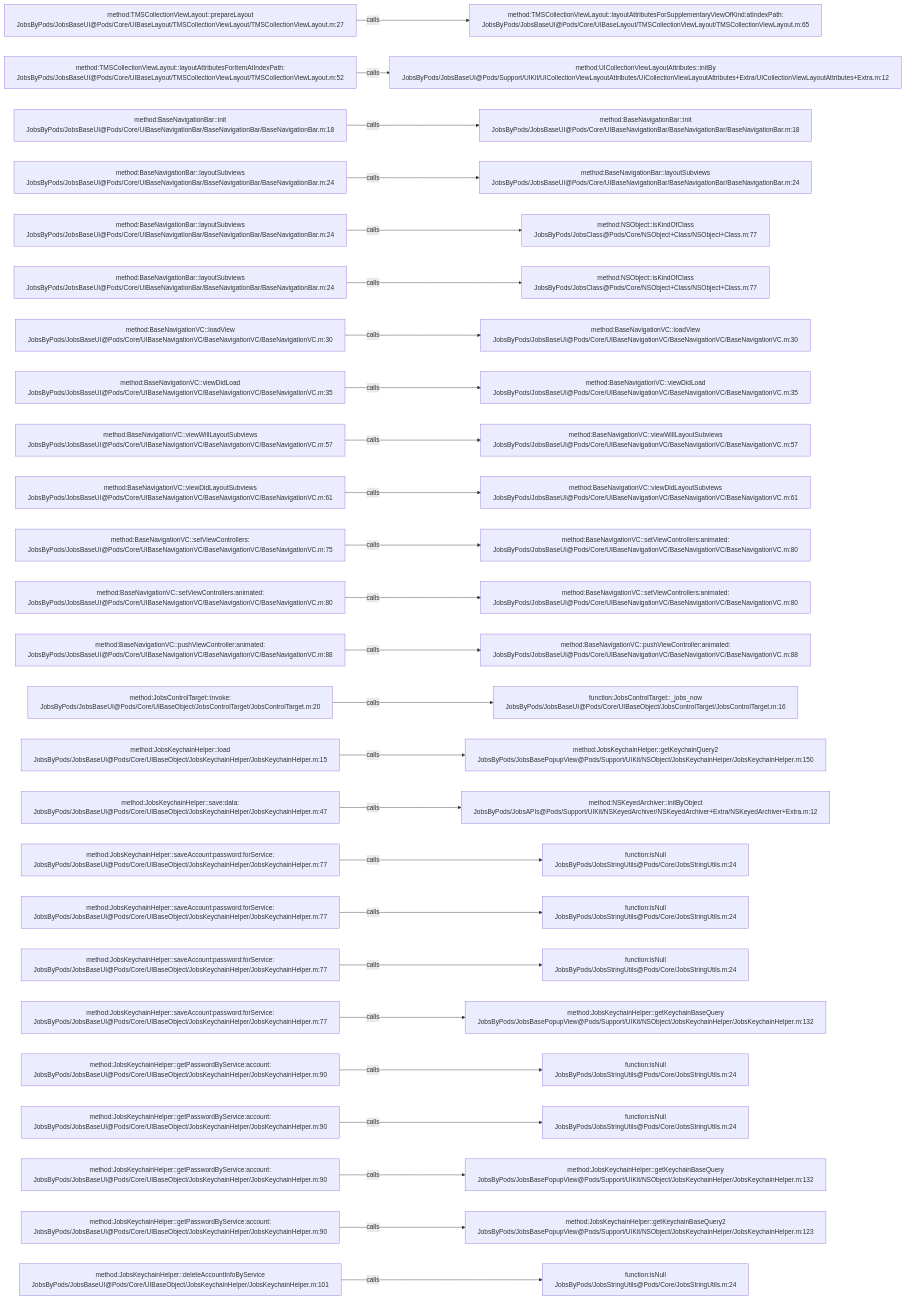
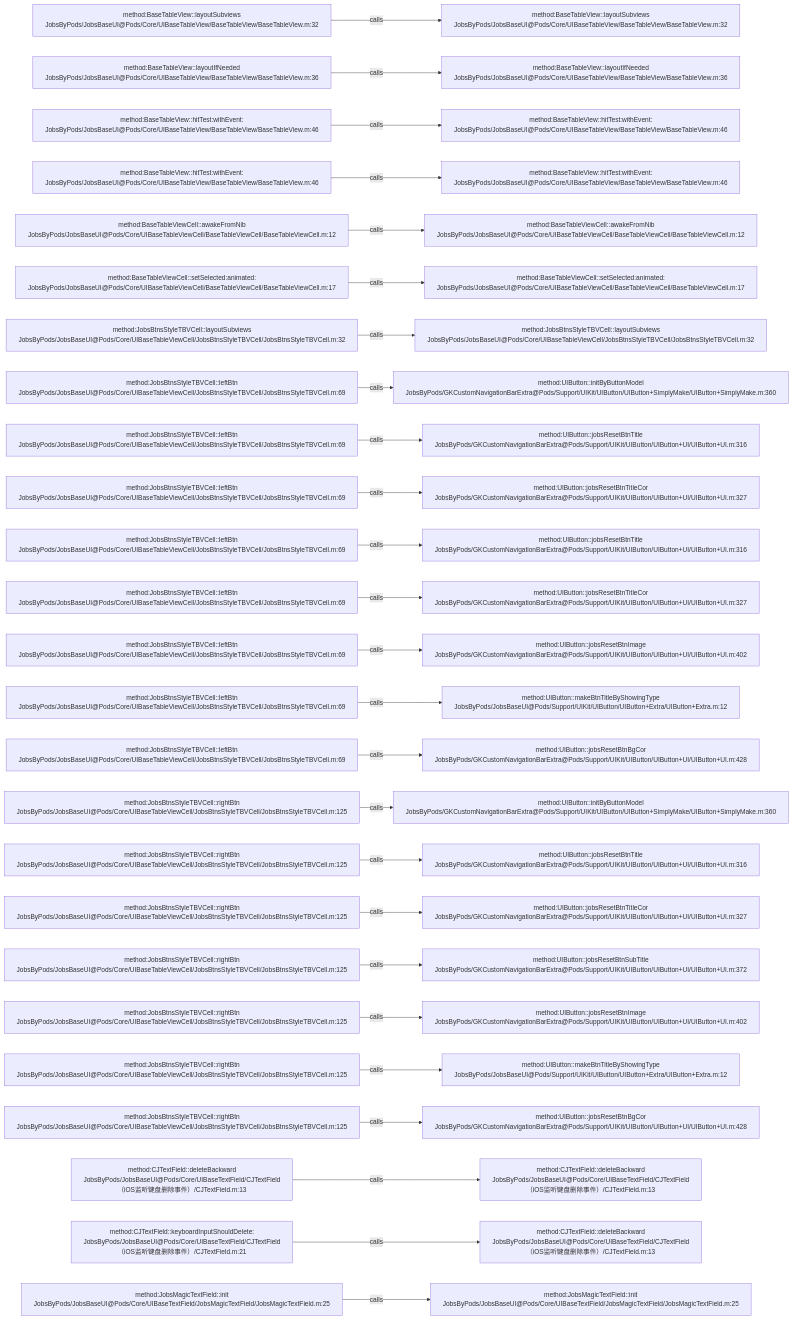
The diagram in .codegraph/codegraph.md/graphs/calls-030.md (JobsKits/JobsOCBaseConfigDemo), drawn with Mermaid before and after one commit. The commit also changed 639 other files, not shown here.

````diff
--- a/.codegraph/codegraph.md/graphs/calls-030.md
+++ b/.codegraph/codegraph.md/graphs/calls-030.md
@@ -13,78 +13,78 @@
 ```mermaid
 flowchart LR
-  S1["method:TMSCollectionViewLayout::prepareLayout<br/>JobsByPods/JobsBaseUI@Pods/Core/UIBaseLayout/TMSCollectionViewLayout/TMSCollectionViewLayout.m:27"]
-  T1["method:TMSCollectionViewLayout::layoutAttributesForSupplementaryViewOfKind:atIndexPath:<br/>JobsByPods/JobsBaseUI@Pods/Core/UIBaseLayout/TMSCollectionViewLayout/TMSCollectionViewLayout.m:65"]
+  S1["method:BaseTableView::layoutSubviews<br/>JobsByPods/JobsBaseUI@Pods/Core/UIBaseTableView/BaseTableView/BaseTableView.m:32"]
+  T1["method:BaseTableView::layoutSubviews<br/>JobsByPods/JobsBaseUI@Pods/Core/UIBaseTableView/BaseTableView/BaseTableView.m:32"]
   S1 -->|calls| T1
-  S2["method:TMSCollectionViewLayout::layoutAttributesForItemAtIndexPath:<br/>JobsByPods/JobsBaseUI@Pods/Core/UIBaseLayout/TMSCollectionViewLayout/TMSCollectionViewLayout.m:52"]
-  T2["method:UICollectionViewLayoutAttributes::initBy<br/>JobsByPods/JobsBaseUI@Pods/Support/UIKit/UICollectionViewLayoutAttributes/UICollectionViewLayoutAttributes+Extra/UICollectionViewLayoutAttributes+Extra.m:12"]
+  S2["method:BaseTableView::layoutIfNeeded<br/>JobsByPods/JobsBaseUI@Pods/Core/UIBaseTableView/BaseTableView/BaseTableView.m:36"]
+  T2["method:BaseTableView::layoutIfNeeded<br/>JobsByPods/JobsBaseUI@Pods/Core/UIBaseTableView/BaseTableView/BaseTableView.m:36"]
   S2 -->|calls| T2
-  S3["method:BaseNavigationBar::init<br/>JobsByPods/JobsBaseUI@Pods/Core/UIBaseNavigationBar/BaseNavigationBar/BaseNavigationBar.m:18"]
-  T3["method:BaseNavigationBar::init<br/>JobsByPods/JobsBaseUI@Pods/Core/UIBaseNavigationBar/BaseNavigationBar/BaseNavigationBar.m:18"]
+  S3["method:BaseTableView::hitTest:withEvent:<br/>JobsByPods/JobsBaseUI@Pods/Core/UIBaseTableView/BaseTableView/BaseTableView.m:46"]
+  T3["method:BaseTableView::hitTest:withEvent:<br/>JobsByPods/JobsBaseUI@Pods/Core/UIBaseTableView/BaseTableView/BaseTableView.m:46"]
   S3 -->|calls| T3
-  S4["method:BaseNavigationBar::layoutSubviews<br/>JobsByPods/JobsBaseUI@Pods/Core/UIBaseNavigationBar/BaseNavigationBar/BaseNavigationBar.m:24"]
-  T4["method:BaseNavigationBar::layoutSubviews<br/>JobsByPods/JobsBaseUI@Pods/Core/UIBaseNavigationBar/BaseNavigationBar/BaseNavigationBar.m:24"]
+  S4["method:BaseTableView::hitTest:withEvent:<br/>JobsByPods/JobsBaseUI@Pods/Core/UIBaseTableView/BaseTableView/BaseTableView.m:46"]
+  T4["method:BaseTableView::hitTest:withEvent:<br/>JobsByPods/JobsBaseUI@Pods/Core/UIBaseTableView/BaseTableView/BaseTableView.m:46"]
   S4 -->|calls| T4
-  S5["method:BaseNavigationBar::layoutSubviews<br/>JobsByPods/JobsBaseUI@Pods/Core/UIBaseNavigationBar/BaseNavigationBar/BaseNavigationBar.m:24"]
-  T5["method:NSObject::isKindOfClass<br/>JobsByPods/JobsClass@Pods/Core/NSObject+Class/NSObject+Class.m:77"]
+  S5["method:BaseTableViewCell::awakeFromNib<br/>JobsByPods/JobsBaseUI@Pods/Core/UIBaseTableViewCell/BaseTableViewCell/BaseTableViewCell.m:12"]
+  T5["method:BaseTableViewCell::awakeFromNib<br/>JobsByPods/JobsBaseUI@Pods/Core/UIBaseTableViewCell/BaseTableViewCell/BaseTableViewCell.m:12"]
   S5 -->|calls| T5
-  S6["method:BaseNavigationBar::layoutSubviews<br/>JobsByPods/JobsBaseUI@Pods/Core/UIBaseNavigationBar/BaseNavigationBar/BaseNavigationBar.m:24"]
-  T6["method:NSObject::isKindOfClass<br/>JobsByPods/JobsClass@Pods/Core/NSObject+Class/NSObject+Class.m:77"]
+  S6["method:BaseTableViewCell::setSelected:animated:<br/>JobsByPods/JobsBaseUI@Pods/Core/UIBaseTableViewCell/BaseTableViewCell/BaseTableViewCell.m:17"]
+  T6["method:BaseTableViewCell::setSelected:animated:<br/>JobsByPods/JobsBaseUI@Pods/Core/UIBaseTableViewCell/BaseTableViewCell/BaseTableViewCell.m:17"]
   S6 -->|calls| T6
-  S7["method:BaseNavigationVC::loadView<br/>JobsByPods/JobsBaseUI@Pods/Core/UIBaseNavigationVC/BaseNavigationVC/BaseNavigationVC.m:30"]
-  T7["method:BaseNavigationVC::loadView<br/>JobsByPods/JobsBaseUI@Pods/Core/UIBaseNavigationVC/BaseNavigationVC/BaseNavigationVC.m:30"]
+  S7["method:JobsBtnsStyleTBVCell::layoutSubviews<br/>JobsByPods/JobsBaseUI@Pods/Core/UIBaseTableViewCell/JobsBtnsStyleTBVCell/JobsBtnsStyleTBVCell.m:32"]
+  T7["method:JobsBtnsStyleTBVCell::layoutSubviews<br/>JobsByPods/JobsBaseUI@Pods/Core/UIBaseTableViewCell/JobsBtnsStyleTBVCell/JobsBtnsStyleTBVCell.m:32"]
   S7 -->|calls| T7
-  S8["method:BaseNavigationVC::viewDidLoad<br/>JobsByPods/JobsBaseUI@Pods/Core/UIBaseNavigationVC/BaseNavigationVC/BaseNavigationVC.m:35"]
-  T8["method:BaseNavigationVC::viewDidLoad<br/>JobsByPods/JobsBaseUI@Pods/Core/UIBaseNavigationVC/BaseNavigationVC/BaseNavigationVC.m:35"]
+  S8["method:JobsBtnsStyleTBVCell::leftBtn<br/>JobsByPods/JobsBaseUI@Pods/Core/UIBaseTableViewCell/JobsBtnsStyleTBVCell/JobsBtnsStyleTBVCell.m:69"]
+  T8["method:UIButton::initByButtonModel<br/>JobsByPods/GKCustomNavigationBarExtra@Pods/Support/UIKit/UIButton/UIButton+SimplyMake/UIButton+SimplyMake.m:360"]
   S8 -->|calls| T8
-  S9["method:BaseNavigationVC::viewWillLayoutSubviews<br/>JobsByPods/JobsBaseUI@Pods/Core/UIBaseNavigationVC/BaseNavigationVC/BaseNavigationVC.m:57"]
-  T9["method:BaseNavigationVC::viewWillLayoutSubviews<br/>JobsByPods/JobsBaseUI@Pods/Core/UIBaseNavigationVC/BaseNavigationVC/BaseNavigationVC.m:57"]
+  S9["method:JobsBtnsStyleTBVCell::leftBtn<br/>JobsByPods/JobsBaseUI@Pods/Core/UIBaseTableViewCell/JobsBtnsStyleTBVCell/JobsBtnsStyleTBVCell.m:69"]
+  T9["method:UIButton::jobsResetBtnTitle<br/>JobsByPods/GKCustomNavigationBarExtra@Pods/Support/UIKit/UIButton/UIButton+UI/UIButton+UI.m:316"]
   S9 -->|calls| T9
-  S10["method:BaseNavigationVC::viewDidLayoutSubviews<br/>JobsByPods/JobsBaseUI@Pods/Core/UIBaseNavigationVC/BaseNavigationVC/BaseNavigationVC.m:61"]
-  T10["method:BaseNavigationVC::viewDidLayoutSubviews<br/>JobsByPods/JobsBaseUI@Pods/Core/UIBaseNavigationVC/BaseNavigationVC/BaseNavigationVC.m:61"]
+  S10["method:JobsBtnsStyleTBVCell::leftBtn<br/>JobsByPods/JobsBaseUI@Pods/Core/UIBaseTableViewCell/JobsBtnsStyleTBVCell/JobsBtnsStyleTBVCell.m:69"]
+  T10["method:UIButton::jobsResetBtnTitleCor<br/>JobsByPods/GKCustomNavigationBarExtra@Pods/Support/UIKit/UIButton/UIButton+UI/UIButton+UI.m:327"]
   S10 -->|calls| T10
-  S11["method:BaseNavigationVC::setViewControllers:<br/>JobsByPods/JobsBaseUI@Pods/Core/UIBaseNavigationVC/BaseNavigationVC/BaseNavigationVC.m:75"]
-  T11["method:BaseNavigationVC::setViewControllers:animated:<br/>JobsByPods/JobsBaseUI@Pods/Core/UIBaseNavigationVC/BaseNavigationVC/BaseNavigationVC.m:80"]
+  S11["method:JobsBtnsStyleTBVCell::leftBtn<br/>JobsByPods/JobsBaseUI@Pods/Core/UIBaseTableViewCell/JobsBtnsStyleTBVCell/JobsBtnsStyleTBVCell.m:69"]
+  T11["method:UIButton::jobsResetBtnTitle<br/>JobsByPods/GKCustomNavigationBarExtra@Pods/Support/UIKit/UIButton/UIButton+UI/UIButton+UI.m:316"]
   S11 -->|calls| T11
-  S12["method:BaseNavigationVC::setViewControllers:animated:<br/>JobsByPods/JobsBaseUI@Pods/Core/UIBaseNavigationVC/BaseNavigationVC/BaseNavigationVC.m:80"]
-  T12["method:BaseNavigationVC::setViewControllers:animated:<br/>JobsByPods/JobsBaseUI@Pods/Core/UIBaseNavigationVC/BaseNavigationVC/BaseNavigationVC.m:80"]
+  S12["method:JobsBtnsStyleTBVCell::leftBtn<br/>JobsByPods/JobsBaseUI@Pods/Core/UIBaseTableViewCell/JobsBtnsStyleTBVCell/JobsBtnsStyleTBVCell.m:69"]
+  T12["method:UIButton::jobsResetBtnTitleCor<br/>JobsByPods/GKCustomNavigationBarExtra@Pods/Support/UIKit/UIButton/UIButton+UI/UIButton+UI.m:327"]
   S12 -->|calls| T12
-  S13["method:BaseNavigationVC::pushViewController:animated:<br/>JobsByPods/JobsBaseUI@Pods/Core/UIBaseNavigationVC/BaseNavigationVC/BaseNavigationVC.m:88"]
-  T13["method:BaseNavigationVC::pushViewController:animated:<br/>JobsByPods/JobsBaseUI@Pods/Core/UIBaseNavigationVC/BaseNavigationVC/BaseNavigationVC.m:88"]
+  S13["method:JobsBtnsStyleTBVCell::leftBtn<br/>JobsByPods/JobsBaseUI@Pods/Core/UIBaseTableViewCell/JobsBtnsStyleTBVCell/JobsBtnsStyleTBVCell.m:69"]
+  T13["method:UIButton::jobsResetBtnImage<br/>JobsByPods/GKCustomNavigationBarExtra@Pods/Support/UIKit/UIButton/UIButton+UI/UIButton+UI.m:402"]
   S13 -->|calls| T13
-  S14["method:JobsControlTarget::invoke:<br/>JobsByPods/JobsBaseUI@Pods/Core/UIBaseObject/JobsControlTarget/JobsControlTarget.m:20"]
-  T14["function:JobsControlTarget::_jobs_now<br/>JobsByPods/JobsBaseUI@Pods/Core/UIBaseObject/JobsControlTarget/JobsControlTarget.m:16"]
+  S14["method:JobsBtnsStyleTBVCell::leftBtn<br/>JobsByPods/JobsBaseUI@Pods/Core/UIBaseTableViewCell/JobsBtnsStyleTBVCell/JobsBtnsStyleTBVCell.m:69"]
+  T14["method:UIButton::makeBtnTitleByShowingType<br/>JobsByPods/JobsBaseUI@Pods/Support/UIKit/UIButton/UIButton+Extra/UIButton+Extra.m:12"]
   S14 -->|calls| T14
-  S15["method:JobsKeychainHelper::load<br/>JobsByPods/JobsBaseUI@Pods/Core/UIBaseObject/JobsKeychainHelper/JobsKeychainHelper.m:15"]
-  T15["method:JobsKeychainHelper::getKeychainQuery2<br/>JobsByPods/JobsBasePopupView@Pods/Support/UIKit/NSObject/JobsKeychainHelper/JobsKeychainHelper.m:150"]
+  S15["method:JobsBtnsStyleTBVCell::leftBtn<br/>JobsByPods/JobsBaseUI@Pods/Core/UIBaseTableViewCell/JobsBtnsStyleTBVCell/JobsBtnsStyleTBVCell.m:69"]
+  T15["method:UIButton::jobsResetBtnBgCor<br/>JobsByPods/GKCustomNavigationBarExtra@Pods/Support/UIKit/UIButton/UIButton+UI/UIButton+UI.m:428"]
   S15 -->|calls| T15
-  S16["method:JobsKeychainHelper::save:data:<br/>JobsByPods/JobsBaseUI@Pods/Core/UIBaseObject/JobsKeychainHelper/JobsKeychainHelper.m:47"]
-  T16["method:NSKeyedArchiver::initByObject<br/>JobsByPods/JobsAPIs@Pods/Support/UIKit/NSKeyedArchiver/NSKeyedArchiver+Extra/NSKeyedArchiver+Extra.m:12"]
+  S16["method:JobsBtnsStyleTBVCell::rightBtn<br/>JobsByPods/JobsBaseUI@Pods/Core/UIBaseTableViewCell/JobsBtnsStyleTBVCell/JobsBtnsStyleTBVCell.m:125"]
+  T16["method:UIButton::initByButtonModel<br/>JobsByPods/GKCustomNavigationBarExtra@Pods/Support/UIKit/UIButton/UIButton+SimplyMake/UIButton+SimplyMake.m:360"]
   S16 -->|calls| T16
-  S17["method:JobsKeychainHelper::saveAccount:password:forService:<br/>JobsByPods/JobsBaseUI@Pods/Core/UIBaseObject/JobsKeychainHelper/JobsKeychainHelper.m:77"]
-  T17["function:isNull<br/>JobsByPods/JobsStringUtils@Pods/Core/JobsStringUtils.m:24"]
+  S17["method:JobsBtnsStyleTBVCell::rightBtn<br/>JobsByPods/JobsBaseUI@Pods/Core/UIBaseTableViewCell/JobsBtnsStyleTBVCell/JobsBtnsStyleTBVCell.m:125"]
+  T17["method:UIButton::jobsResetBtnTitle<br/>JobsByPods/GKCustomNavigationBarExtra@Pods/Support/UIKit/UIButton/UIButton+UI/UIButton+UI.m:316"]
   S17 -->|calls| T17
-  S18["method:JobsKeychainHelper::saveAccount:password:forService:<br/>JobsByPods/JobsBaseUI@Pods/Core/UIBaseObject/JobsKeychainHelper/JobsKeychainHelper.m:77"]
-  T18["function:isNull<br/>JobsByPods/JobsStringUtils@Pods/Core/JobsStringUtils.m:24"]
+  S18["method:JobsBtnsStyleTBVCell::rightBtn<br/>JobsByPods/JobsBaseUI@Pods/Core/UIBaseTableViewCell/JobsBtnsStyleTBVCell/JobsBtnsStyleTBVCell.m:125"]
+  T18["method:UIButton::jobsResetBtnTitleCor<br/>JobsByPods/GKCustomNavigationBarExtra@Pods/Support/UIKit/UIButton/UIButton+UI/UIButton+UI.m:327"]
   S18 -->|calls| T18
-  S19["method:JobsKeychainHelper::saveAccount:password:forService:<br/>JobsByPods/JobsBaseUI@Pods/Core/UIBaseObject/JobsKeychainHelper/JobsKeychainHelper.m:77"]
-  T19["function:isNull<br/>JobsByPods/JobsStringUtils@Pods/Core/JobsStringUtils.m:24"]
+  S19["method:JobsBtnsStyleTBVCell::rightBtn<br/>JobsByPods/JobsBaseUI@Pods/Core/UIBaseTableViewCell/JobsBtnsStyleTBVCell/JobsBtnsStyleTBVCell.m:125"]
+  T19["method:UIButton::jobsResetBtnSubTitle<br/>JobsByPods/GKCustomNavigationBarExtra@Pods/Support/UIKit/UIButton/UIButton+UI/UIButton+UI.m:372"]
   S19 -->|calls| T19
-  S20["method:JobsKeychainHelper::saveAccount:password:forService:<br/>JobsByPods/JobsBaseUI@Pods/Core/UIBaseObject/JobsKeychainHelper/JobsKeychainHelper.m:77"]
-  T20["method:JobsKeychainHelper::getKeychainBaseQuery<br/>JobsByPods/JobsBasePopupView@Pods/Support/UIKit/NSObject/JobsKeychainHelper/JobsKeychainHelper.m:132"]
+  S20["method:JobsBtnsStyleTBVCell::rightBtn<br/>JobsByPods/JobsBaseUI@Pods/Core/UIBaseTableViewCell/JobsBtnsStyleTBVCell/JobsBtnsStyleTBVCell.m:125"]
+  T20["method:UIButton::jobsResetBtnImage<br/>JobsByPods/GKCustomNavigationBarExtra@Pods/Support/UIKit/UIButton/UIButton+UI/UIButton+UI.m:402"]
   S20 -->|calls| T20
-  S21["method:JobsKeychainHelper::getPasswordByService:account:<br/>JobsByPods/JobsBaseUI@Pods/Core/UIBaseObject/JobsKeychainHelper/JobsKeychainHelper.m:90"]
-  T21["function:isNull<br/>JobsByPods/JobsStringUtils@Pods/Core/JobsStringUtils.m:24"]
+  S21["method:JobsBtnsStyleTBVCell::rightBtn<br/>JobsByPods/JobsBaseUI@Pods/Core/UIBaseTableViewCell/JobsBtnsStyleTBVCell/JobsBtnsStyleTBVCell.m:125"]
+  T21["method:UIButton::makeBtnTitleByShowingType<br/>JobsByPods/JobsBaseUI@Pods/Support/UIKit/UIButton/UIButton+Extra/UIButton+Extra.m:12"]
   S21 -->|calls| T21
-  S22["method:JobsKeychainHelper::getPasswordByService:account:<br/>JobsByPods/JobsBaseUI@Pods/Core/UIBaseObject/JobsKeychainHelper/JobsKeychainHelper.m:90"]
-  T22["function:isNull<br/>JobsByPods/JobsStringUtils@Pods/Core/JobsStringUtils.m:24"]
+  S22["method:JobsBtnsStyleTBVCell::rightBtn<br/>JobsByPods/JobsBaseUI@Pods/Core/UIBaseTableViewCell/JobsBtnsStyleTBVCell/JobsBtnsStyleTBVCell.m:125"]
+  T22["method:UIButton::jobsResetBtnBgCor<br/>JobsByPods/GKCustomNavigationBarExtra@Pods/Support/UIKit/UIButton/UIButton+UI/UIButton+UI.m:428"]
   S22 -->|calls| T22
-  S23["method:JobsKeychainHelper::getPasswordByService:account:<br/>JobsByPods/JobsBaseUI@Pods/Core/UIBaseObject/JobsKeychainHelper/JobsKeychainHelper.m:90"]
-  T23["method:JobsKeychainHelper::getKeychainBaseQuery<br/>JobsByPods/JobsBasePopupView@Pods/Support/UIKit/NSObject/JobsKeychainHelper/JobsKeychainHelper.m:132"]
+  S23["method:CJTextField::deleteBackward<br/>JobsByPods/JobsBaseUI@Pods/Core/UIBaseTextField/CJTextField（iOS监听键盘删除事件）/CJTextField.m:13"]
+  T23["method:CJTextField::deleteBackward<br/>JobsByPods/JobsBaseUI@Pods/Core/UIBaseTextField/CJTextField（iOS监听键盘删除事件）/CJTextField.m:13"]
   S23 -->|calls| T23
-  S24["method:JobsKeychainHelper::getPasswordByService:account:<br/>JobsByPods/JobsBaseUI@Pods/Core/UIBaseObject/JobsKeychainHelper/JobsKeychainHelper.m:90"]
-  T24["method:JobsKeychainHelper::getKeychainBaseQuery2<br/>JobsByPods/JobsBasePopupView@Pods/Support/UIKit/NSObject/JobsKeychainHelper/JobsKeychainHelper.m:123"]
+  S24["method:CJTextField::keyboardInputShouldDelete:<br/>JobsByPods/JobsBaseUI@Pods/Core/UIBaseTextField/CJTextField（iOS监听键盘删除事件）/CJTextField.m:21"]
+  T24["method:CJTextField::deleteBackward<br/>JobsByPods/JobsBaseUI@Pods/Core/UIBaseTextField/CJTextField（iOS监听键盘删除事件）/CJTextField.m:13"]
   S24 -->|calls| T24
-  S25["method:JobsKeychainHelper::deleteAccountInfoByService<br/>JobsByPods/JobsBaseUI@Pods/Core/UIBaseObject/JobsKeychainHelper/JobsKeychainHelper.m:101"]
-  T25["function:isNull<br/>JobsByPods/JobsStringUtils@Pods/Core/JobsStringUtils.m:24"]
+  S25["method:JobsMagicTextField::init<br/>JobsByPods/JobsBaseUI@Pods/Core/UIBaseTextField/JobsMagicTextField/JobsMagicTextField.m:25"]
+  T25["method:JobsMagicTextField::init<br/>JobsByPods/JobsBaseUI@Pods/Core/UIBaseTextField/JobsMagicTextField/JobsMagicTextField.m:25"]
   S25 -->|calls| T25
 ```
````
